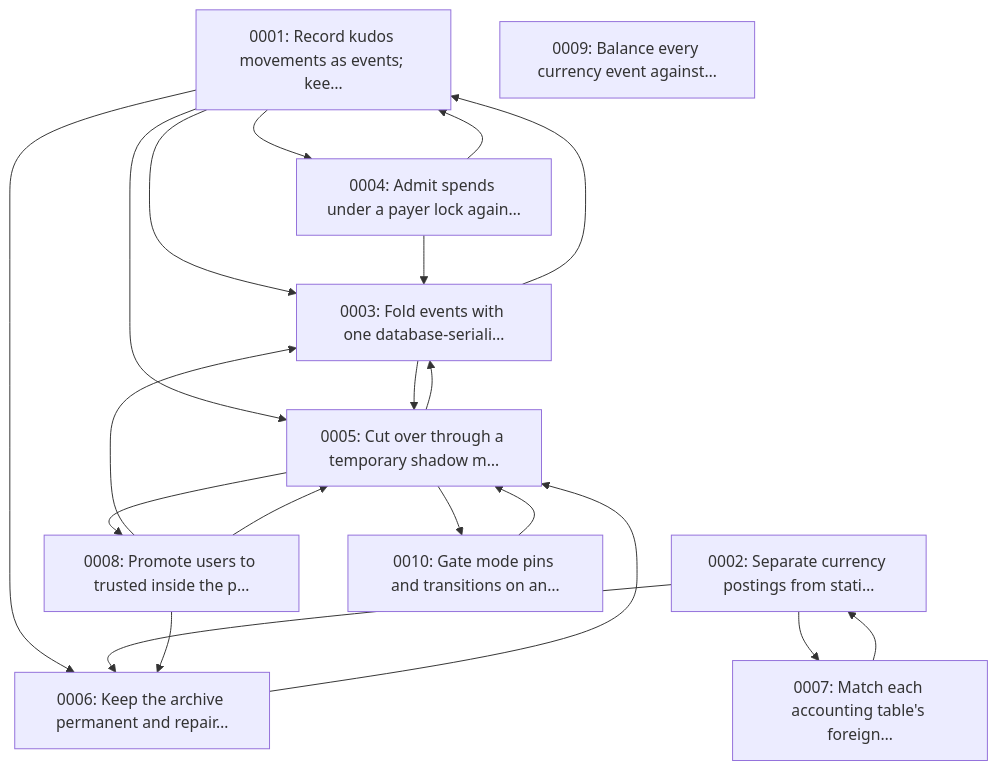
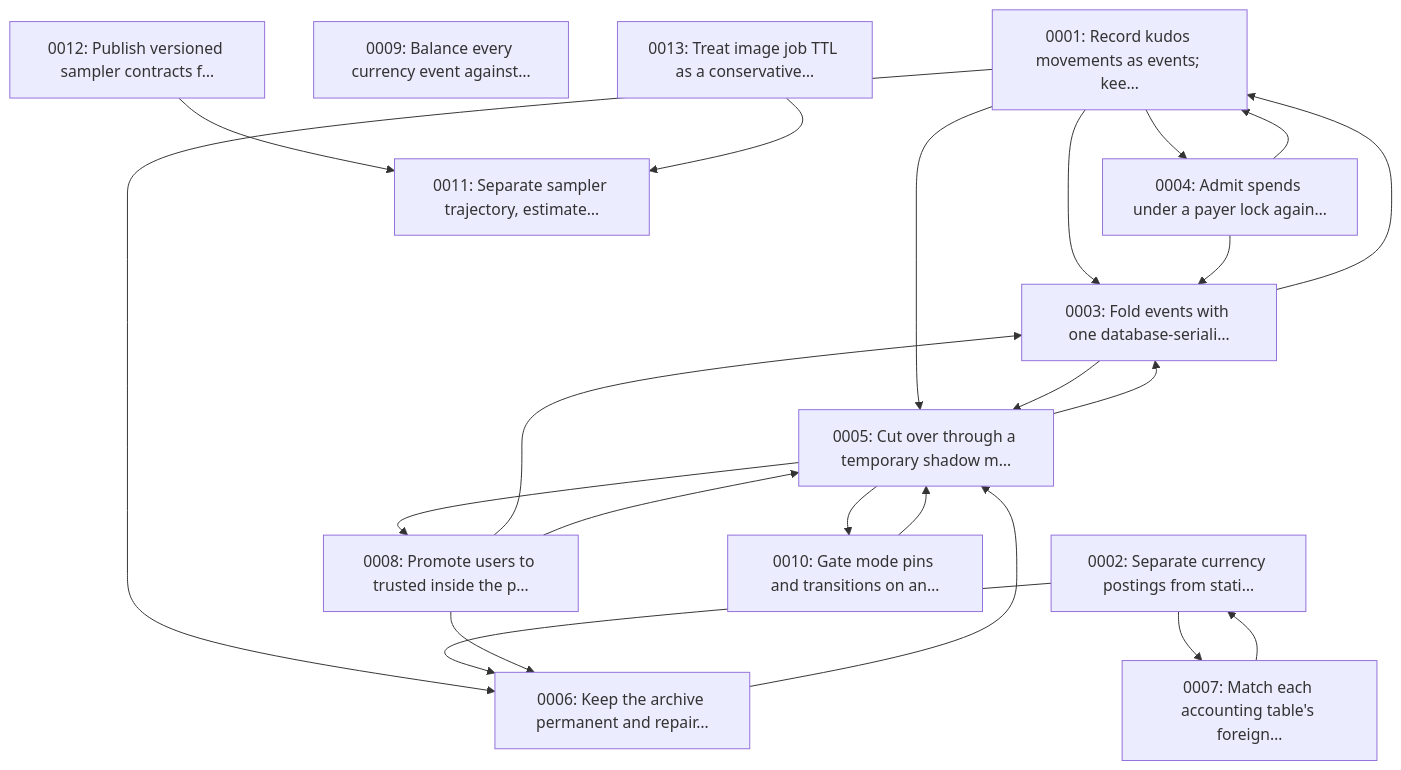
Before and after one commit to Haidra-Org/AI-Horde: the diagram in docs/decisions/index.md, drawn with Mermaid. The commit also changed other lines of this file and 4 other files, not shown here.

First line of the commit message:
docs: ADRs for sampler work and TTL policy

````diff
--- a/docs/decisions/index.md
+++ b/docs/decisions/index.md
@@ -30,32 +33,37 @@
 ```mermaid
 flowchart TD
     r0001["0001: Record kudos movements as events; kee…"]
     r0002["0002: Separate currency postings from stati…"]
     r0003["0003: Fold events with one database-seriali…"]
     r0004["0004: Admit spends under a payer lock again…"]
     r0005["0005: Cut over through a temporary shadow m…"]
     r0006["0006: Keep the archive permanent and repair…"]
     r0007["0007: Match each accounting table's foreign…"]
     r0008["0008: Promote users to trusted inside the p…"]
     r0009["0009: Balance every currency event against…"]
     r0010["0010: Gate mode pins and transitions on an…"]
+    r0011["0011: Separate sampler trajectory, estimate…"]
+    r0012["0012: Publish versioned sampler contracts f…"]
+    r0013["0013: Treat image job TTL as a conservative…"]
     r0001 --> r0003
     r0001 --> r0004
     r0001 --> r0005
     r0001 --> r0006
     r0002 --> r0006
     r0002 --> r0007
     r0003 --> r0001
     r0003 --> r0005
     r0004 --> r0001
     r0004 --> r0003
     r0005 --> r0003
     r0005 --> r0008
     r0005 --> r0010
     r0006 --> r0005
     r0007 --> r0002
     r0008 --> r0003
     r0008 --> r0005
     r0008 --> r0006
     r0010 --> r0005
+    r0012 --> r0011
+    r0013 --> r0011
 ```
````
